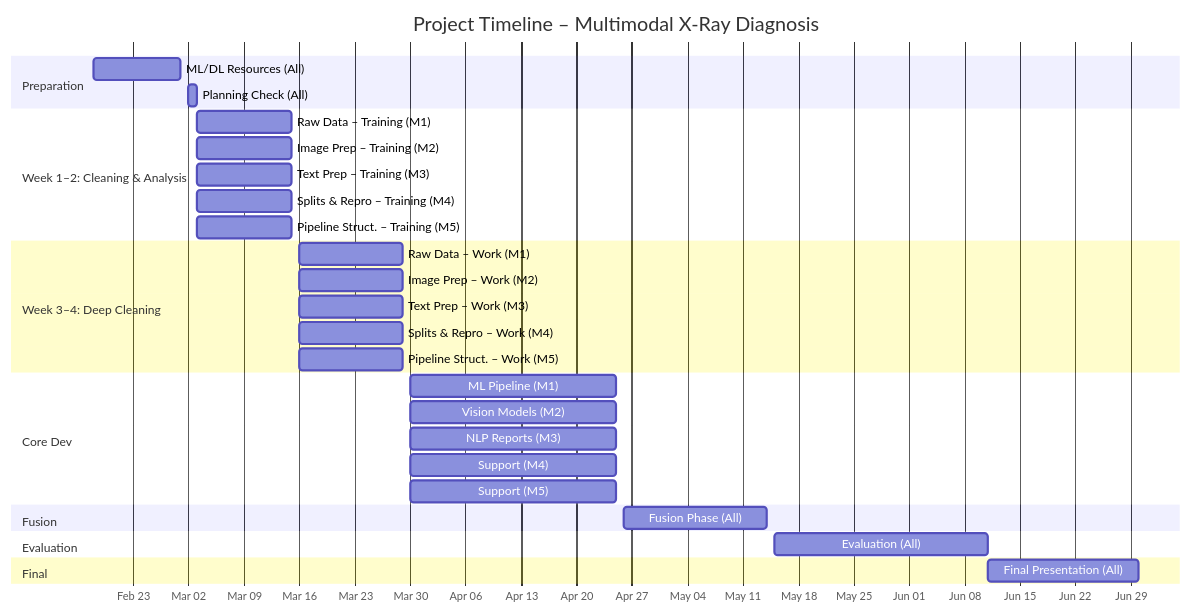
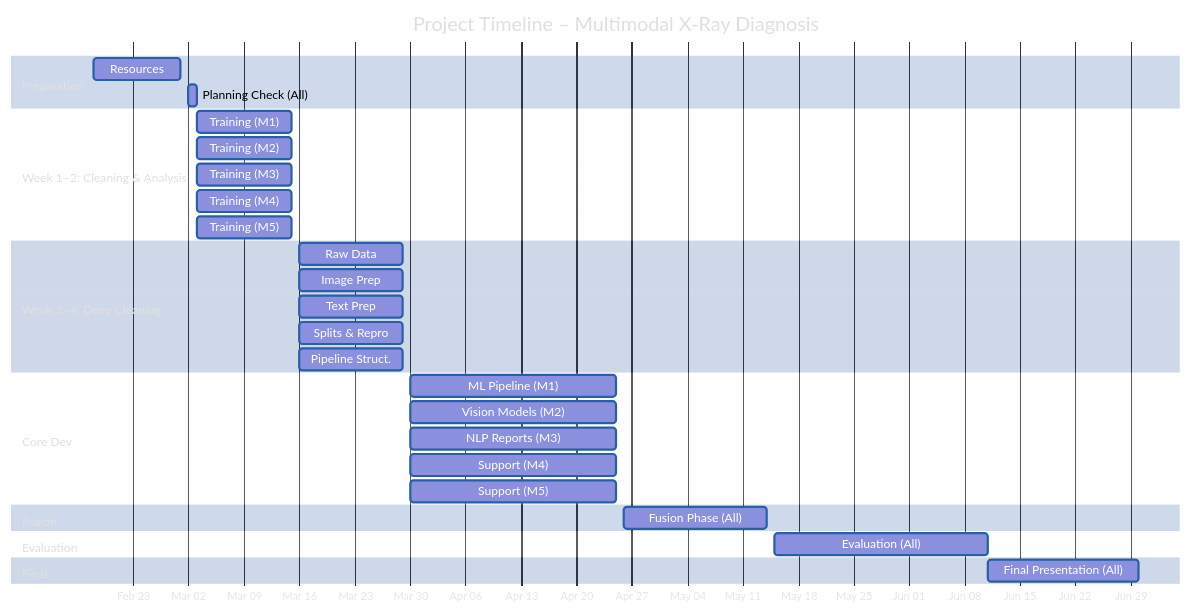
Before and after one commit to chaotiquetaurus/Open-i_chestxray_multimodal: the diagram in Diagramme_planning.md, drawn with Mermaid.

Commit message:
ajout default

````diff
--- a/Diagramme_planning.md
+++ b/Diagramme_planning.md
@@ -1,41 +1,56 @@
 ```mermaid
+%%{init: { 
+    "theme": "default",
+    "themeVariables": { 
+        "fontSize": "9px",
+        "fontFamily": "Inter",
+        "textColor": "#e0e0e0",
+        "taskTextColor": "#ffffff",
+        "taskColor": "#3a7bd5",
+        "taskBorderColor": "#2a5fa8",
+        "lineColor": "#90caf9",
+        "sectionBkgColor": "#0d47a1",
+        "sectionBkgColor2": "#0a3d91"
+    }
+}}%%
+
 
 gantt
     title Project Timeline – Multimodal X‑Ray Diagnosis
     dateFormat  YYYY-MM-DD
     axisFormat  %b %d
 
     section Preparation
-    ML/DL Resources (All)            :a1, 2025-02-18, 2025-03-01
+    Resources            :a1, 2025-02-18, 2025-03-01
     Planning Check (All)             :a2, 2025-03-02, 1d
 
     section Week 1–2: Cleaning & Analysis
-    Raw Data – Training (M1)         :m1a, 2025-03-03, 2025-03-15
-    Image Prep – Training (M2)       :m2a, 2025-03-03, 2025-03-15
-    Text Prep – Training (M3)        :m3a, 2025-03-03, 2025-03-15
-    Splits & Repro – Training (M4)   :m4a, 2025-03-03, 2025-03-15
-    Pipeline Struct. – Training (M5) :m5a, 2025-03-03, 2025-03-15
+    Training (M1)         :m1a, 2025-03-03, 2025-03-15
+    Training (M2)       :m2a, 2025-03-03, 2025-03-15
+    Training (M3)        :m3a, 2025-03-03, 2025-03-15
+    Training (M4)   :m4a, 2025-03-03, 2025-03-15
+    Training (M5) :m5a, 2025-03-03, 2025-03-15
 
     section Week 3–4: Deep Cleaning
-    Raw Data – Work (M1)             :m1b, 2025-03-16, 2025-03-29
-    Image Prep – Work (M2)           :m2b, 2025-03-16, 2025-03-29
-    Text Prep – Work (M3)            :m3b, 2025-03-16, 2025-03-29
-    Splits & Repro – Work (M4)       :m4b, 2025-03-16, 2025-03-29
-    Pipeline Struct. – Work (M5)     :m5b, 2025-03-16, 2025-03-29
+    Raw Data             :m1b, 2025-03-16, 2025-03-29
+    Image Prep           :m2b, 2025-03-16, 2025-03-29
+    Text Prep            :m3b, 2025-03-16, 2025-03-29
+    Splits & Repro       :m4b, 2025-03-16, 2025-03-29
+    Pipeline Struct.     :m5b, 2025-03-16, 2025-03-29
 
     section Core Dev
     ML Pipeline (M1)                 :m1c, 2025-03-30, 2025-04-25
     Vision Models (M2)               :m2c, 2025-03-30, 2025-04-25
     NLP Reports (M3)                 :m3c, 2025-03-30, 2025-04-25
     Support (M4)                     :m4c, 2025-03-30, 2025-04-25
     Support (M5)                     :m5c, 2025-03-30, 2025-04-25
 
     section Fusion
     Fusion Phase (All)               :fusion, 2025-04-26, 2025-05-14
 
     section Evaluation
     Evaluation (All)                 :eval, 2025-05-15, 2025-06-11
 
     section Final
     Final Presentation (All)         :present, 2025-06-11, 2025-06-30
 ```
````
